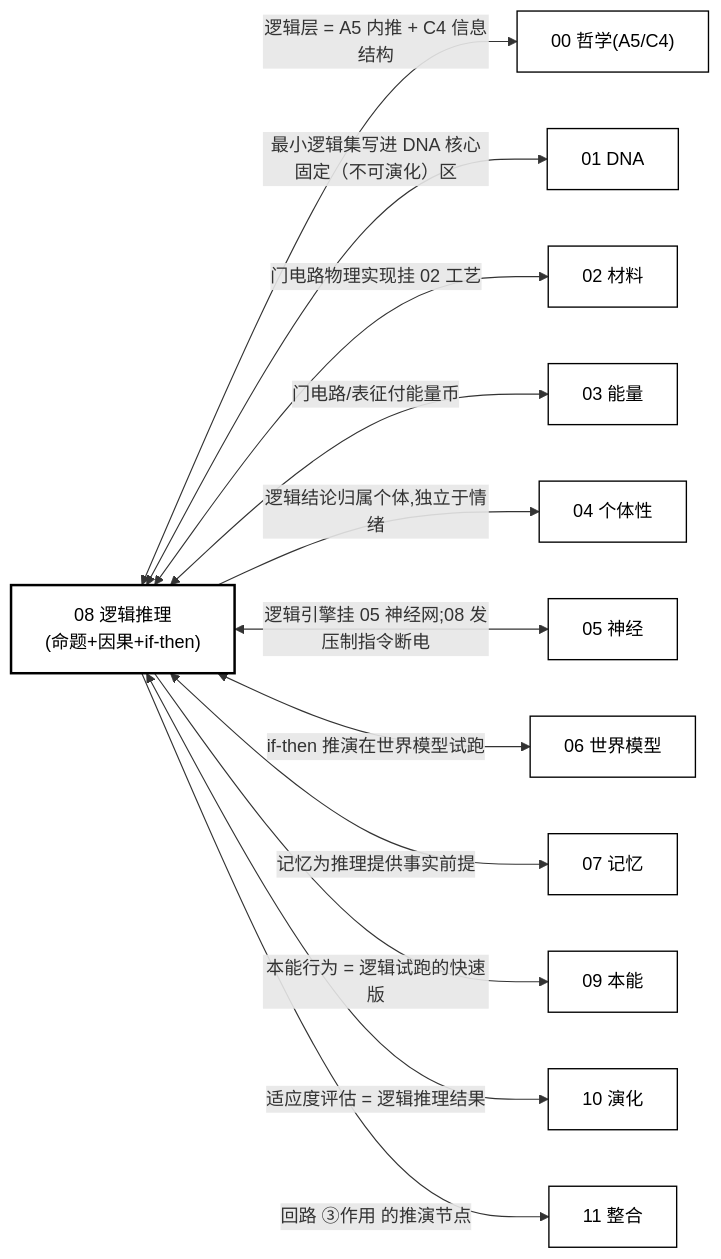
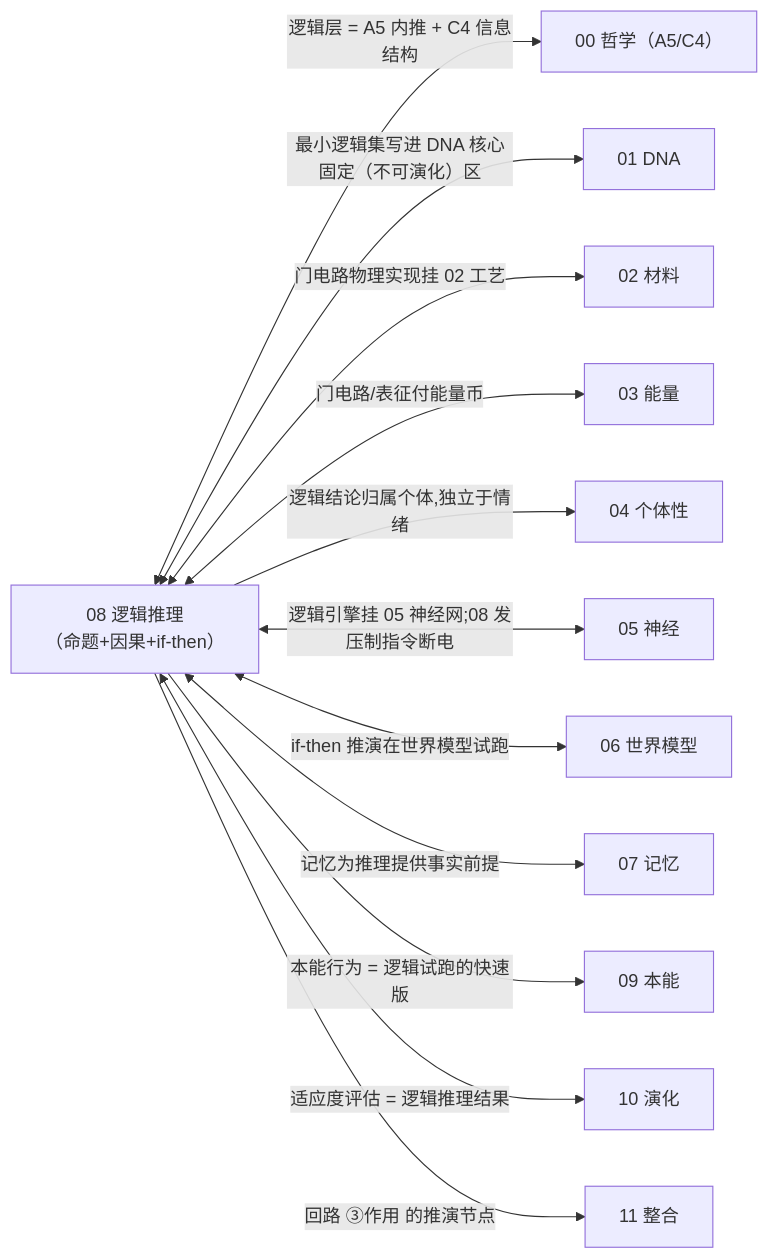
Before and after one commit to RichardASimon/Silicon-Biological-Blueprint: the second of 2 diagrams in zh-CN/08_逻辑推理_设计.md, drawn with Mermaid. The commit also changed other lines of this file and 23 other files, not shown here.

First line of the commit message:
docs: repair all mermaid diagrams and add emergence mechanisms with literature

````diff
--- a/zh-CN/08_逻辑推理_设计.md
+++ b/zh-CN/08_逻辑推理_设计.md
@@ -250,20 +246,15 @@
 ```mermaid
 graph LR
-    L["08 逻辑推理<br/>(命题+因果+if-then)"]
-    L <-->|逻辑层 = A5 内推 + C4 信息结构| P00["00 哲学(A5/C4)"]
+    L["08 逻辑推理<br/>（命题+因果+if-then）"]
+    L <-->|逻辑层 = A5 内推 + C4 信息结构| P00["00 哲学（A5/C4）"]
     L <-->|最小逻辑集写进 DNA 核心固定（不可演化）区| D01["01 DNA"]
     L <-->|门电路物理实现挂 02 工艺| M02["02 材料"]
     L <-->|门电路/表征付能量币| E03["03 能量"]
     L -->|逻辑结论归属个体,独立于情绪| I04["04 个体性"]
     L <-->|逻辑引擎挂 05 神经网;08 发压制指令断电| N05["05 神经"]
     L <-->|if-then 推演在世界模型试跑| WM06["06 世界模型"]
     L <-->|记忆为推理提供事实前提| MEM07["07 记忆"]
     L -->|本能行为 = 逻辑试跑的快速版| I0_09["09 本能"]
     L <-->|适应度评估 = 逻辑推理结果| EV10["10 演化"]
     L -->|回路 ③作用 的推演节点| INT11["11 整合"]
-
-    classDef core fill:transparent,stroke:currentColor,stroke-width:2.2px,color:currentColor
-    classDef node fill:transparent,stroke:currentColor,stroke-width:1.2px,color:currentColor
-    class L core
-    class P00,D01,M02,E03,I04,N05,WM06,MEM07,I0_09,EV10,INT11 node
 ```
````
